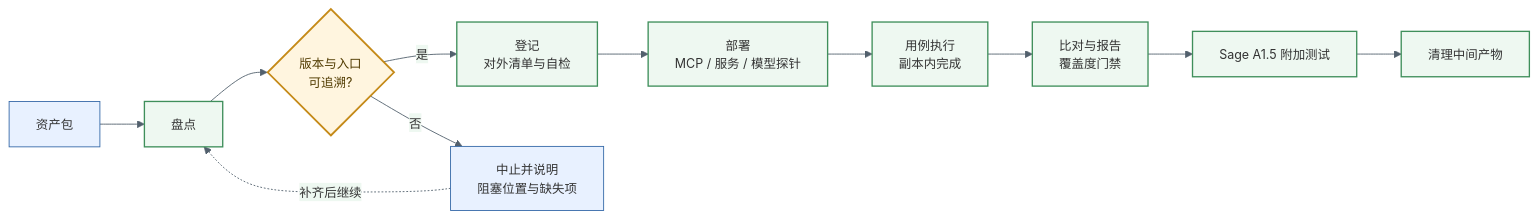
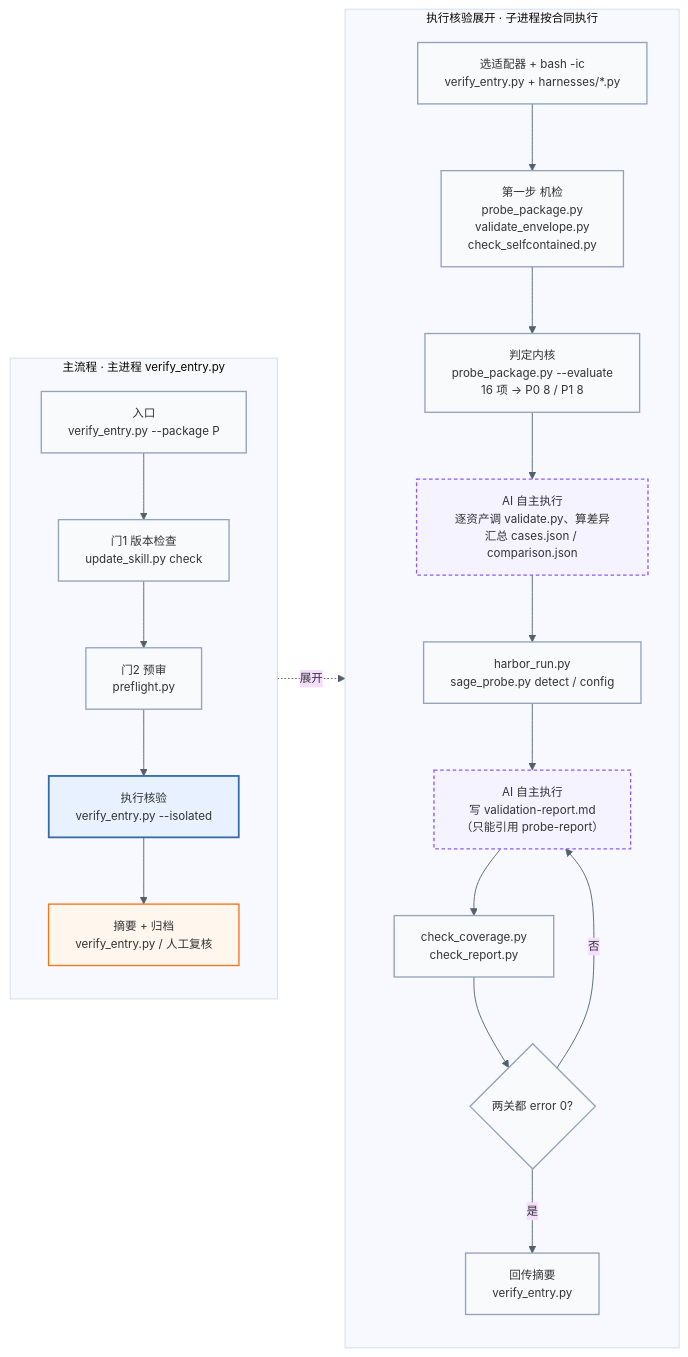
Before and after one commit to KnowledgeXLab/sci-asset-verify-skill: the diagram in README.md, drawn with Mermaid. The commit also changed other lines of this file, not shown here.

Commit message:
docs(readme): 执行流程图换成两级（主流程 × 执行核验展开），并标注脚本 / AI
- 左边主流程（主进程）：入口 → 门1 版本检查 → 门2 预审 → 执行核验 → 摘要归档
- 右边展开「执行核验」：选适配器 → 第一步机检（3 个脚本）→ 判定内核 evaluate → 第二步用例
  → 第三步报告 + 两道门禁 → 回传摘要；门禁不通过回写报告（唯一回路）
- 每个节点标注执行体：实线=脚本（含脚本名）、紫色虚线=AI 自主执行、橙色=人工
- 附图例表：步骤 / 执行体 / 脚本或说明（含"P0/P1 只能由 evaluate 给出，AI 不得升降级"）
- 「检查范围」小节一并校正：说明六方面是内容维度、对应三步；把"自动清理中间产物"改为
  prune_evidence.py 可选清理（默认不删，便于复核）

替换掉原来那张已过时的五阶段流程图。

````diff
--- a/README.md
+++ b/README.md
@@ -253,24 +258,40 @@
 ```mermaid
-%%{init: {"theme": "base", "themeVariables": {"fontSize": "14px", "primaryColor": "#e8f1ff", "primaryBorderColor": "#3569a8", "lineColor": "#52606d", "secondaryColor": "#eef8f1", "tertiaryColor": "#fff5df"}}}%%
+%%{init: {"theme": "base", "themeVariables": {"fontSize": "13px", "lineColor": "#52606d"}}}%%
 flowchart LR
-    A[资产包]
-    B[盘点]
-    C{版本与入口<br/>可追溯?}
-    D[登记<br/>对外清单与自检]
-    E[部署<br/>MCP / 服务 / 模型探针]
-    F[用例执行<br/>副本内完成]
-    G[比对与报告<br/>覆盖度门禁]
-    H[Sage A1.5 附加测试]
-    I[清理中间产物]
-    X[中止并说明<br/>阻塞位置与缺失项]
+    subgraph MAIN["主流程 · 主进程 verify_entry.py"]
+        direction TB
+        A["入口<br/>verify_entry.py --package P"]
+        B["门1 版本检查<br/>update_skill.py check"]
+        C["门2 预审<br/>preflight.py"]
+        D["执行核验<br/>verify_entry.py --isolated"]
+        E["摘要 + 归档<br/>verify_entry.py / 人工复核"]
+        A --> B --> C --> D --> E
+    end
 
-    A --> B --> C
-    C -- 是 --> D --> E --> F --> G --> H --> I
-    C -- 否 --> X
-    X -. 补齐后继续 .-> B
+    subgraph DETAIL["执行核验展开 · 子进程按合同执行"]
+        direction TB
+        D0["选适配器 + bash -ic<br/>verify_entry.py + harnesses/*.py"]
+        S1["第一步 机检<br/>probe_package.py<br/>validate_envelope.py<br/>check_selfcontained.py"]
+        K["判定内核<br/>probe_package.py --evaluate<br/>16 项 → P0 8 / P1 8"]
+        S2["AI 自主执行<br/>逐资产调 validate.py、算差异<br/>汇总 cases.json / comparison.json"]
+        S2b["harbor_run.py<br/>sage_probe.py detect / config"]
+        S3["AI 自主执行<br/>写 validation-report.md<br/>（只能引用 probe-report）"]
+        S3b["check_coverage.py<br/>check_report.py"]
+        G{"两关都 error 0?"}
+        OUT["回传摘要<br/>verify_entry.py"]
+        D0 --> S1 --> K --> S2 --> S2b --> S3 --> S3b --> G
+        G -- 否 --> S3
+        G -- 是 --> OUT
+    end
 
-    classDef gate fill:#fff5df,stroke:#c58a18,stroke-width:2px,color:#513b00;
-    classDef step fill:#eef8f1,stroke:#3f8f5b,stroke-width:1.5px;
-    class C gate;
-    class B,D,E,F,G,H,I step;
+    D -. 展开 .-> D0
+
+    classDef script fill:#f8fafc,stroke:#94a3b8,stroke-width:1.5px;
+    classDef ai fill:#f5f3ff,stroke:#8b5cf6,stroke-width:1.5px,stroke-dasharray:4 3;
+    classDef human fill:#fff7ed,stroke:#f97316,stroke-width:1.5px;
+    classDef focus fill:#e8f1ff,stroke:#3569a8,stroke-width:2px;
+    class A,B,C,D0,S1,K,S2b,S3b,G,OUT script;
+    class D focus;
+    class S2,S3 ai;
+    class E human;
 ```
````
